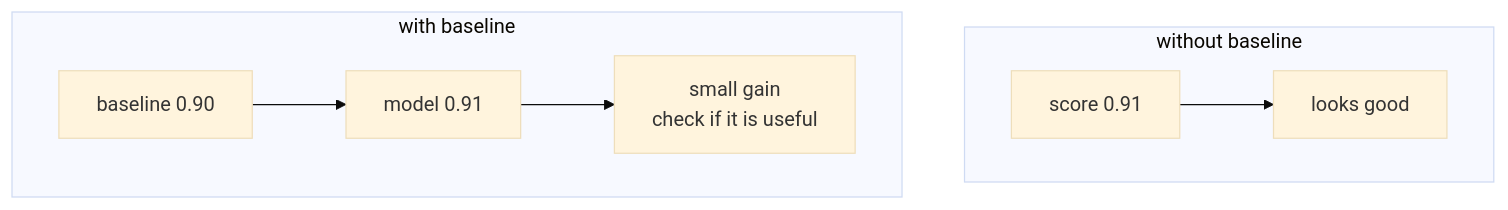
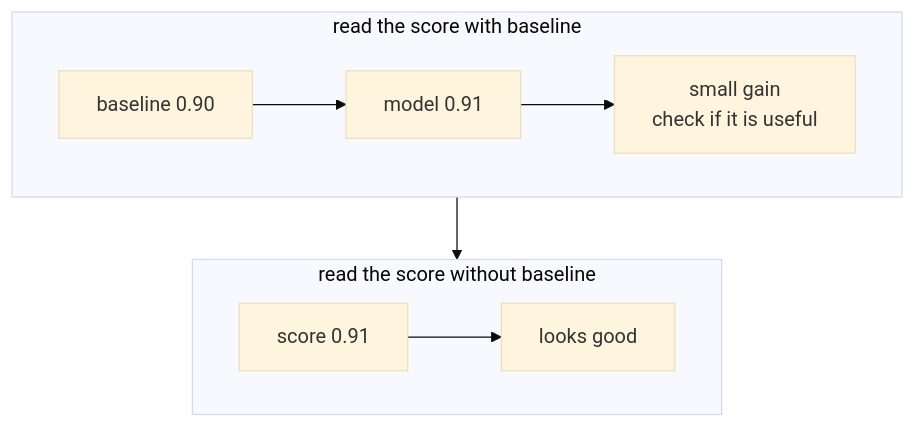
Before and after one commit to devchan64/AiBook: the second of 4 diagrams in docs/parts/part-03/chapter-08/section-02.md, drawn with Mermaid (base theme). The commit also changed other lines of this file and 1 other file, not shown here.

Commit message:
docs(part3): refine baseline diagrams and chart guidelines

````diff
--- a/docs/parts/part-03/chapter-08/section-02.md
+++ b/docs/parts/part-03/chapter-08/section-02.md
@@ -106,18 +106,19 @@
 ```mermaid
 flowchart TD
-  subgraph M1["without baseline"]
-    direction LR
-    A["score 0.91"]
-    B["looks good"]
-  end
-
-  subgraph M2["with baseline"]
+  subgraph M2["read the score with baseline"]
     direction LR
     C["baseline 0.90"]
     D["model 0.91"]
     E["small gain<br/>check if it is useful"]
   end
 
+  subgraph M1["read the score without baseline"]
+    direction LR
+    A["score 0.91"]
+    B["looks good"]
+  end
+
+  E --> A
   A --> B
   C --> D --> E
 ```
````
